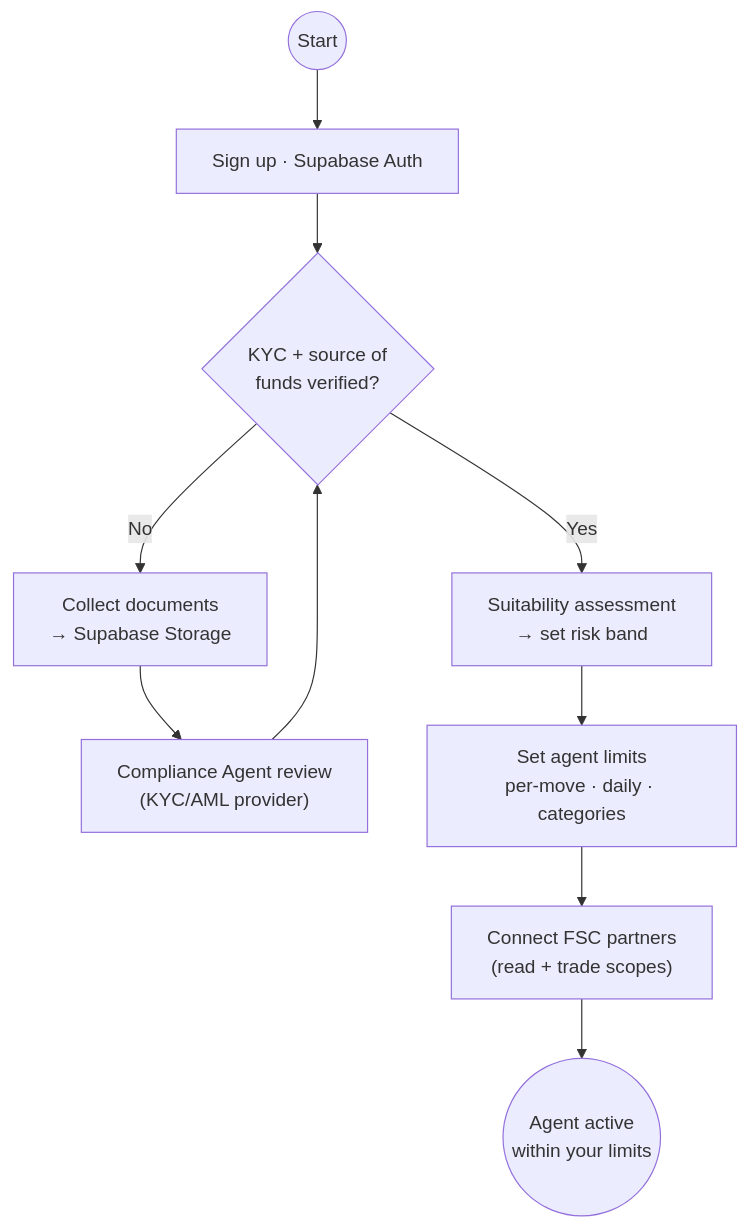
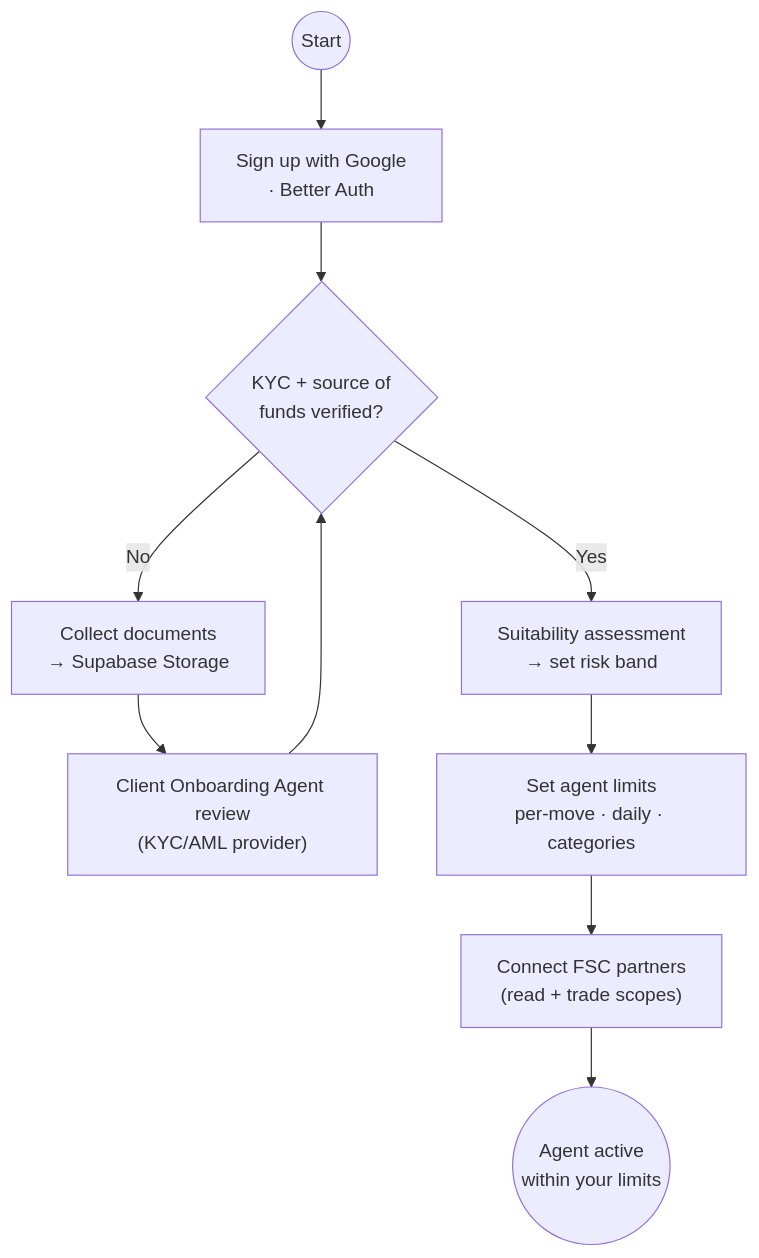
Before and after one commit to Tenoywil/agentic-investment-app: the diagram in design/agents/06-onboarding-kyc.mmd, drawn with Mermaid. The commit also changed 15 other files, not shown here.

First line of the commit message:
Expand agent design: draft ideas, Better Auth, resources & compute strategy

```diff
--- a/design/agents/06-onboarding-kyc.mmd
+++ b/design/agents/06-onboarding-kyc.mmd
@@ -1,11 +1,11 @@
 %% CCN — Onboarding / KYC gate (agent activation)
 flowchart TD
-    S(("Start")) --> SIGN["Sign up · Supabase Auth"]
+    S(("Start")) --> SIGN["Sign up with Google<br/>· Better Auth"]
     SIGN --> KYC{"KYC + source of<br/>funds verified?"}
     KYC -- No --> COLL["Collect documents<br/>→ Supabase Storage"]
-    COLL --> REV["Compliance Agent review<br/>(KYC/AML provider)"]
+    COLL --> REV["Client Onboarding Agent review<br/>(KYC/AML provider)"]
     REV --> KYC
     KYC -- Yes --> SUIT["Suitability assessment<br/>→ set risk band"]
     SUIT --> LIM["Set agent limits<br/>per-move · daily · categories"]
     LIM --> CONNECT["Connect FSC partners<br/>(read + trade scopes)"]
     CONNECT --> ACTIVE(("Agent active<br/>within your limits"))
```
